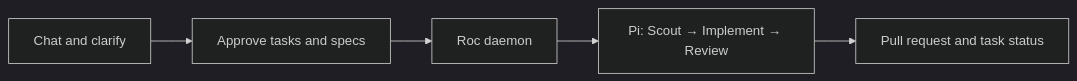
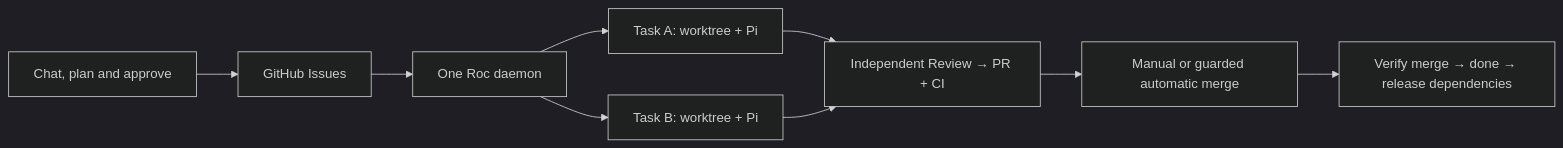
One commit to devos-ing/Roc changed the diagram in README.md. Above: the diagram before and after it, drawn with Mermaid (dark theme). The commit also changed other lines of this file and 9 other files, not shown here.

Commit message:
docs: explain current Roc architecture and task workflow

````diff
--- a/README.md
+++ b/README.md
@@ -14,7 +15,11 @@
 ```mermaid
 flowchart LR
-    A["Chat and clarify"] --> B["Approve tasks and specs"]
-    B --> C["Roc daemon"]
-    C --> D["Pi: Scout → Implement → Review"]
-    D --> E["Pull request and task status"]
+    plan["Chat, plan and approve"] --> issues["GitHub Issues"]
+    issues --> daemon["One Roc daemon"]
+    daemon --> a["Task A: worktree + Pi"]
+    daemon --> b["Task B: worktree + Pi"]
+    a --> pr["Independent Review → PR + CI"]
+    b --> pr
+    pr --> merge["Manual or guarded automatic merge"]
+    merge --> done["Verify merge → done → release dependencies"]
 ```
````
